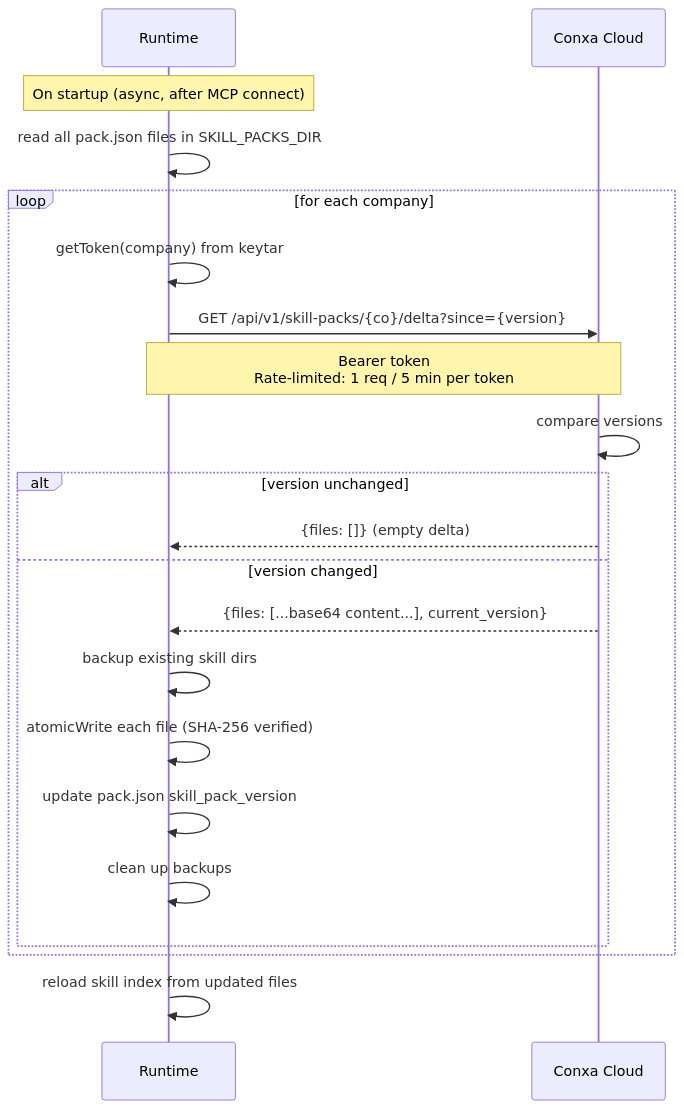
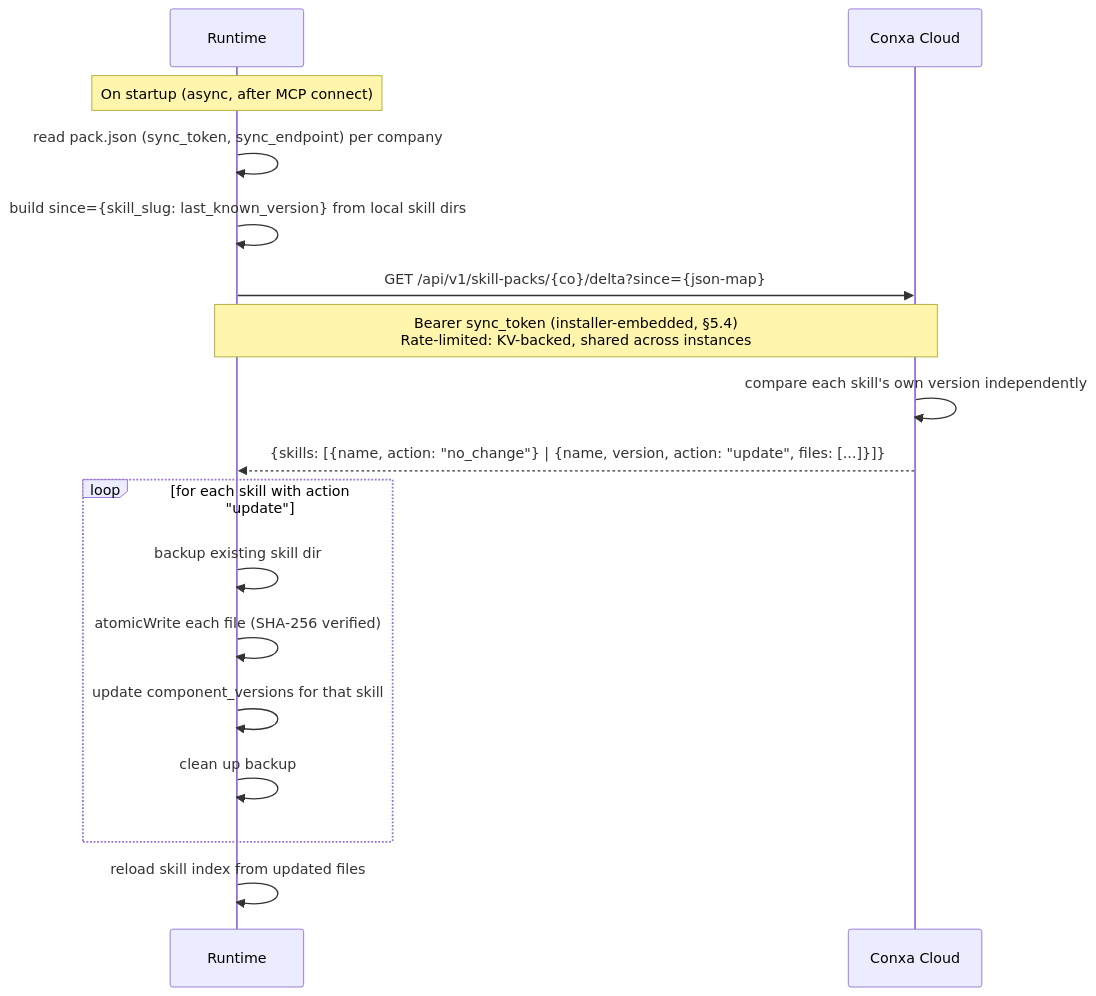
The fifth of 7 diagrams in docs/TRD.md (Cannonbold2412/CONXA), drawn with Mermaid before and after one commit. The commit also changed other lines of this file and 31 other files, not shown here.

````diff
--- a/docs/TRD.md
+++ b/docs/TRD.md
@@ -528,24 +528,20 @@
 ```mermaid
 sequenceDiagram
     participant RT as Runtime
     participant Cloud as Conxa Cloud
 
     Note over RT: On startup (async, after MCP connect)
-    RT->>RT: read all pack.json files in SKILL_PACKS_DIR
-    loop for each company
-        RT->>RT: getToken(company) from keytar
-        RT->>Cloud: GET /api/v1/skill-packs/{co}/delta?since={version}
-        Note over RT,Cloud: Bearer token<br/>Rate-limited: 1 req / 5 min per token
-        Cloud->>Cloud: compare versions
-        alt version unchanged
-            Cloud-->>RT: {files: []} (empty delta)
-        else version changed
-            Cloud-->>RT: {files: [...base64 content...], current_version}
-            RT->>RT: backup existing skill dirs
-            RT->>RT: atomicWrite each file (SHA-256 verified)
-            RT->>RT: update pack.json skill_pack_version
-            RT->>RT: clean up backups
-        end
+    RT->>RT: read pack.json (sync_token, sync_endpoint) per company
+    RT->>RT: build since={skill_slug: last_known_version} from local skill dirs
+    RT->>Cloud: GET /api/v1/skill-packs/{co}/delta?since={json-map}
+    Note over RT,Cloud: Bearer sync_token (installer-embedded, §5.4)<br/>Rate-limited: KV-backed, shared across instances
+    Cloud->>Cloud: compare each skill's own version independently
+    Cloud-->>RT: {skills: [{name, action: "no_change"} | {name, version, action: "update", files: [...]}]}
+    loop for each skill with action "update"
+        RT->>RT: backup existing skill dir
+        RT->>RT: atomicWrite each file (SHA-256 verified)
+        RT->>RT: update component_versions for that skill
+        RT->>RT: clean up backup
     end
     RT->>RT: reload skill index from updated files
 ```
````
